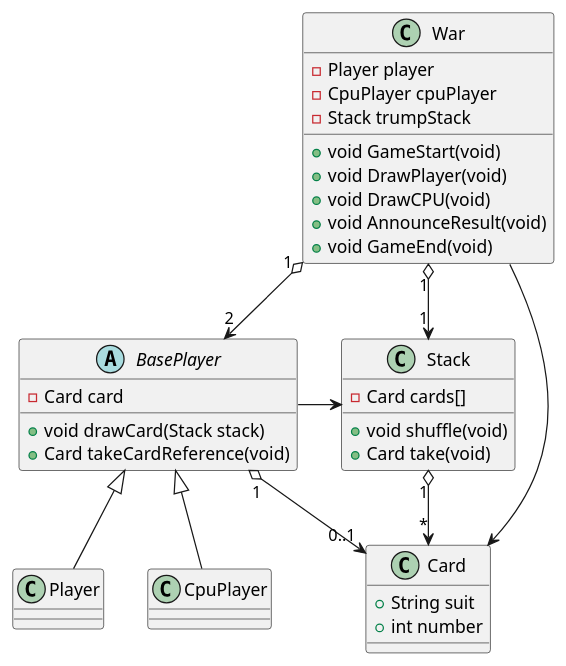
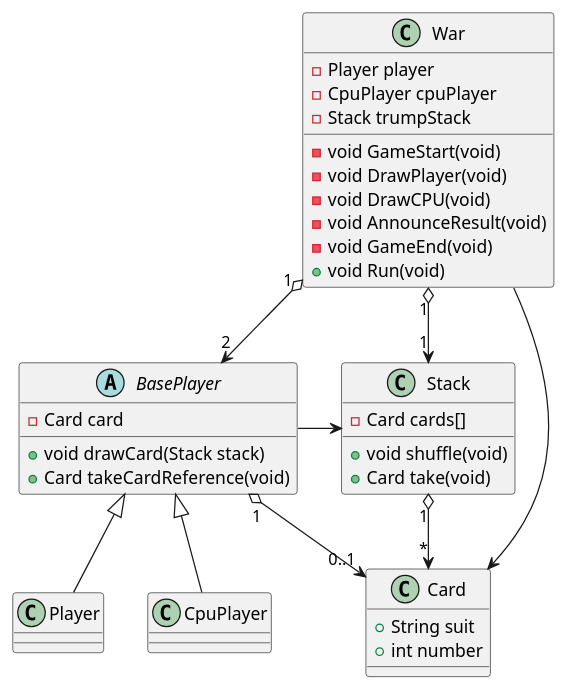
One commit to hachimitu22/study changed the seventh of 7 diagrams in uml/CardGame/doc/design.md. Above: the diagram before and after it, drawn with PlantUML. The commit also changed 1 other file, not shown here.

Commit message:
War クラスは Run だけするようにした

````diff
--- a/uml/CardGame/doc/design.md
+++ b/uml/CardGame/doc/design.md
@@ -290,44 +290,45 @@
 ```plantuml
 @startuml
 
 class War {
   - Player player
   - CpuPlayer cpuPlayer
   - Stack trumpStack
-  + void GameStart(void)
-  + void DrawPlayer(void)
-  + void DrawCPU(void)
-  + void AnnounceResult(void)
-  + void GameEnd(void)
+  - void GameStart(void)
+  - void DrawPlayer(void)
+  - void DrawCPU(void)
+  - void AnnounceResult(void)
+  - void GameEnd(void)
+  + void Run(void)
 }
 abstract BasePlayer {
   - Card card
   + void drawCard(Stack stack)
   + Card takeCardReference(void)
 }
 class Player
 class CpuPlayer
 class Stack {
   - Card cards[]
   + void shuffle(void)
   + Card take(void)
 }
 class Card {
   + String suit
   + int number
 }
 
 War "1" o--> "1" Stack
 War "1" o--> "2" BasePlayer
 
 Player -up-|> BasePlayer
 CpuPlayer -up-|> BasePlayer
 
 Stack "1" o--> "*" Card
 BasePlayer "1" o--> "0..1" Card
 
 BasePlayer -> Stack
 War --> Card
 
 @enduml
 ```
````
